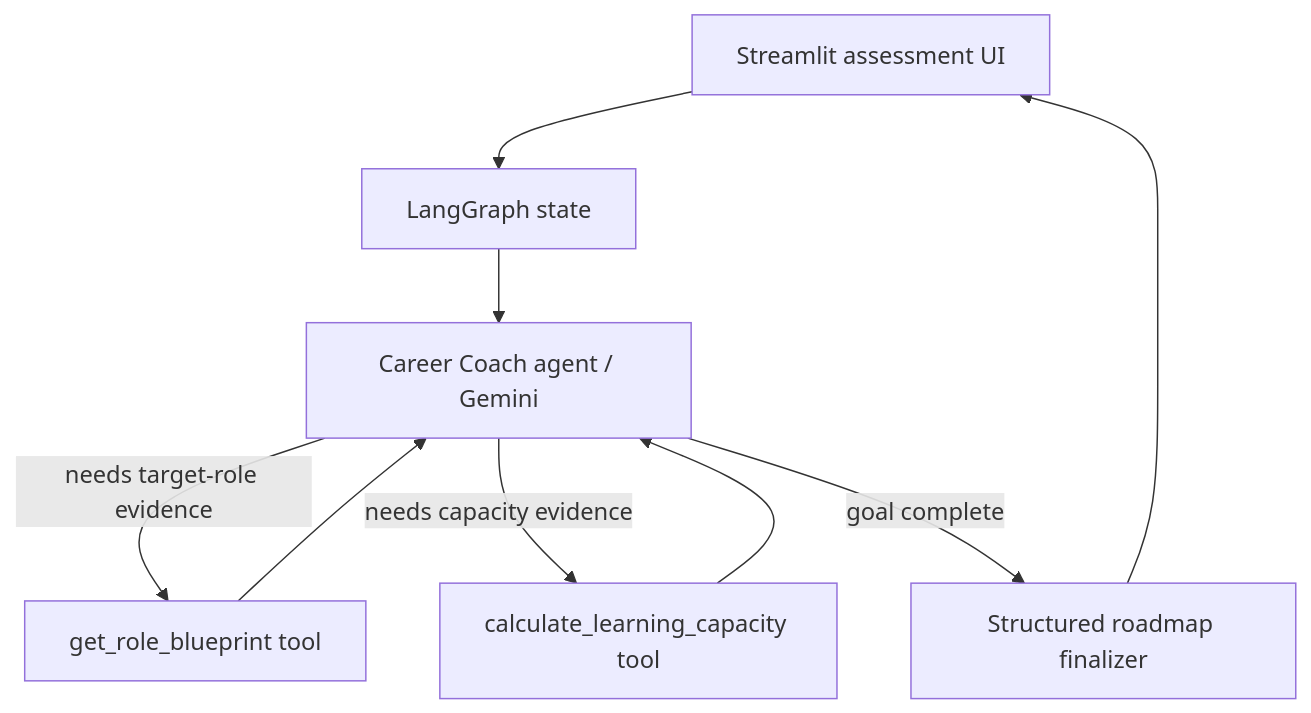
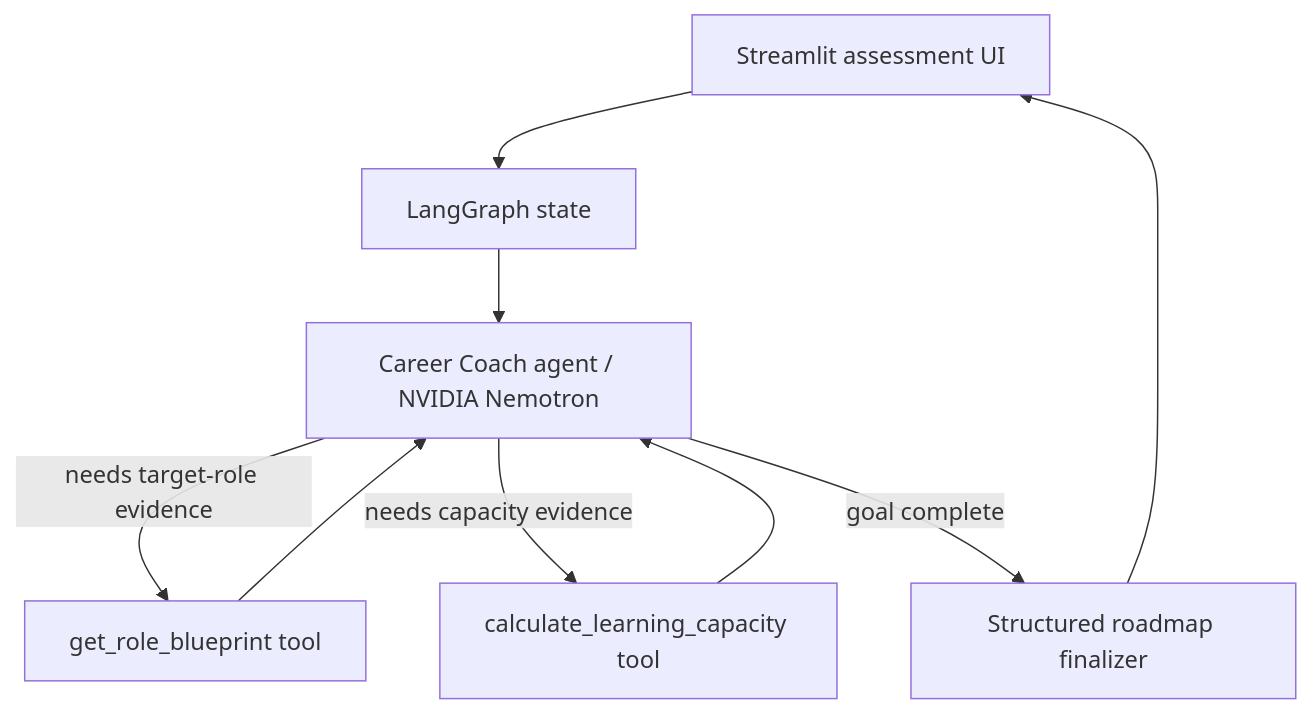
One commit to agileskool/ai-career-coach-agent changed the diagram in README.md. Above: the diagram before and after it, drawn with Mermaid. The commit also changed other lines of this file, not shown here.

Commit message:
docs: make NVIDIA Nemotron the primary model provider

````diff
--- a/README.md
+++ b/README.md
@@ -15,11 +15,11 @@
 ```mermaid
 flowchart TD
     UI[Streamlit assessment UI] --> S[LangGraph state]
-    S --> A[Career Coach agent / Gemini]
+    S --> A[Career Coach agent / NVIDIA Nemotron]
     A -->|needs target-role evidence| T1[get_role_blueprint tool]
     A -->|needs capacity evidence| T2[calculate_learning_capacity tool]
     T1 --> A
     T2 --> A
     A -->|goal complete| F[Structured roadmap finalizer]
     F --> UI
 ```
````
